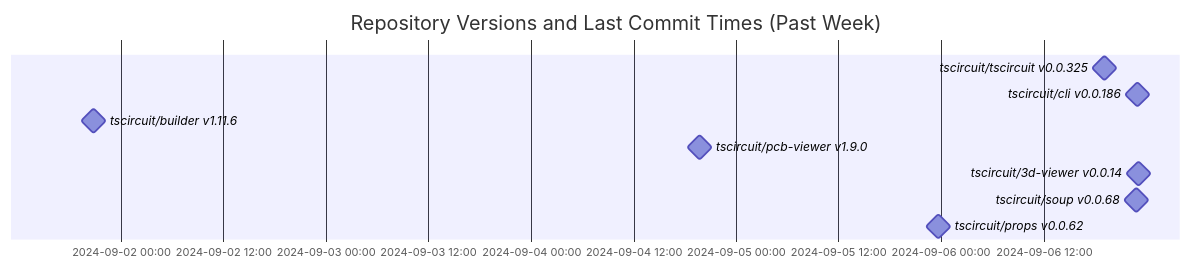
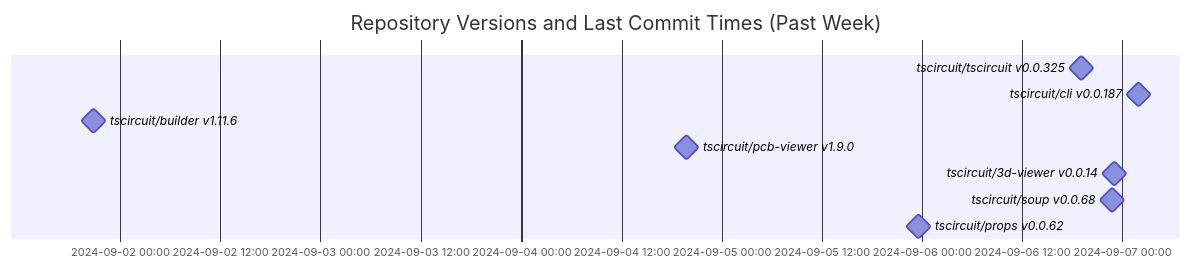
One commit to tscircuit/version-tracker changed the diagram in README.md. Above: the diagram before and after it, drawn with Mermaid.

Commit message:
Update chart

````diff
--- a/README.md
+++ b/README.md
@@ -1,14 +1,14 @@
 ```mermaid
 gantt
   dateFormat  YYYY-MM-DD HH:mm:ss
   title Repository Versions and Last Commit Times (Past Week)
   axisFormat %Y-%m-%d %H:%M
 
   tscircuit/tscircuit v0.0.325 : milestone, 2024-09-06 19:08:26, 1s
-  tscircuit/cli v0.0.186 : milestone, 2024-09-06 23:00:43, 1s
+  tscircuit/cli v0.0.187 : milestone, 2024-09-07 01:57:59, 1s
   tscircuit/builder v1.11.6 : milestone, 2024-09-01 20:47:46, 1s
   tscircuit/pcb-viewer v1.9.0 : milestone, 2024-09-04 19:45:38, 1s
   tscircuit/3d-viewer v0.0.14 : milestone, 2024-09-06 23:07:26, 1s
   tscircuit/soup v0.0.68 : milestone, 2024-09-06 22:51:33, 1s
   tscircuit/props v0.0.62 : milestone, 2024-09-05 23:38:33, 1s
 ```
````
